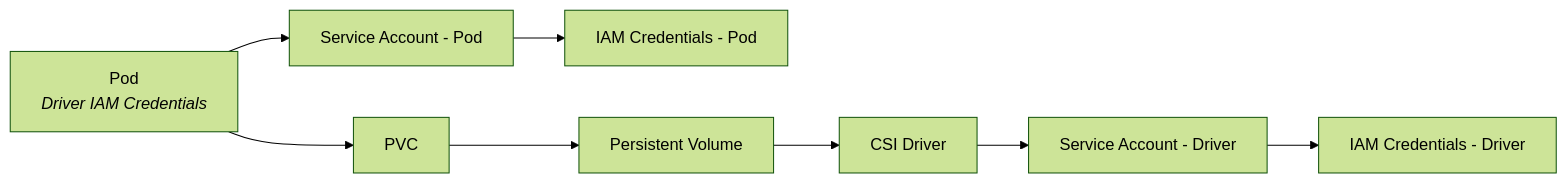
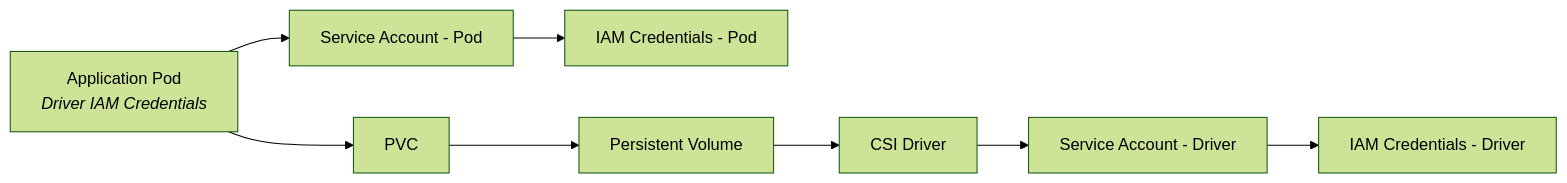
One commit to awslabs/mountpoint-s3-csi-driver changed the first of 4 diagrams in docs/CONFIGURATION.md. Above: the diagram before and after it, drawn with Mermaid (forest theme). The commit also changed other lines of this file, not shown here.

````diff
--- a/docs/CONFIGURATION.md
+++ b/docs/CONFIGURATION.md
@@ -22,28 +27,28 @@
 ```mermaid
 graph LR;
     CSI[CSI Driver]
 
-    P["`Pod
+    P["`Application Pod
     *Driver IAM Credentials*`"]
 
     SA_D[Service Account - Driver]
     SA_P[Service Account - Pod]
 
     IAM_D[IAM Credentials - Driver]
     IAM_P[IAM Credentials - Pod]
 
     PV[Persistent Volume]
     PVC[PVC]
 
     P --> PVC
 
     PVC --> PV
 
     PV --> CSI
 
     CSI --> SA_D
     P --> SA_P
 
     SA_D --> IAM_D
     SA_P --> IAM_P
 ```
````
